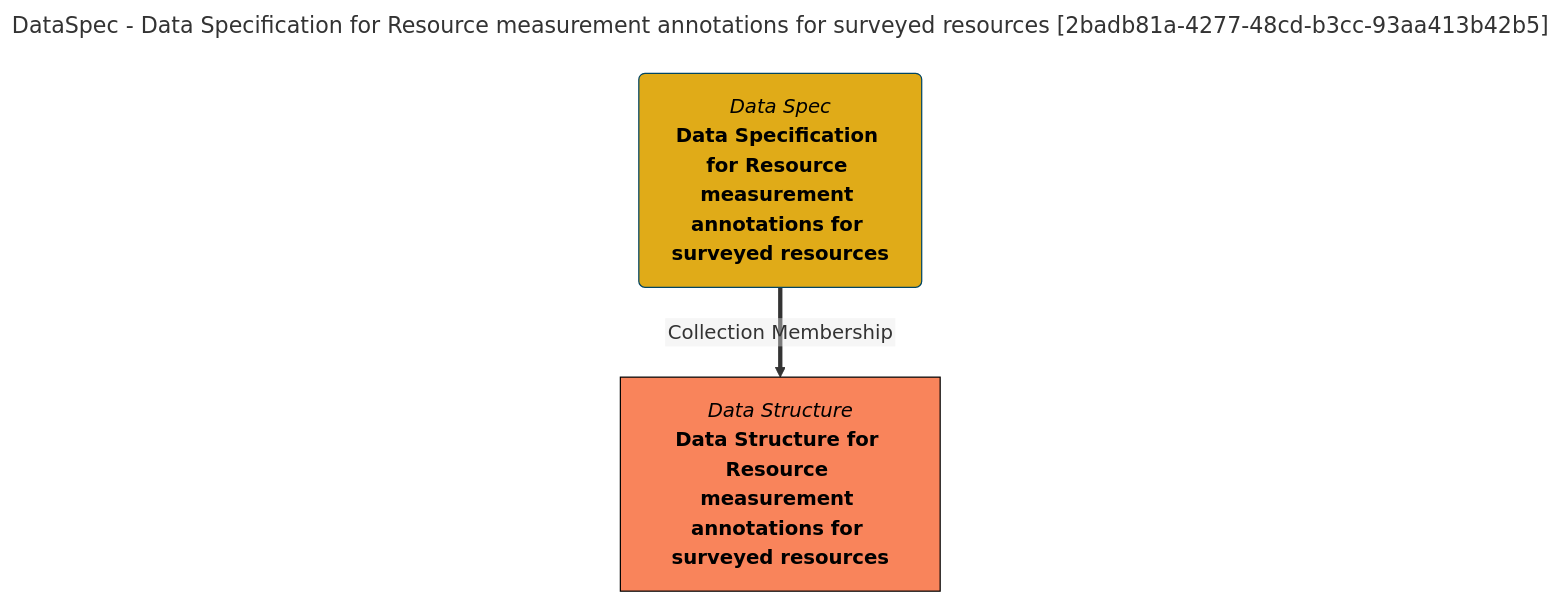
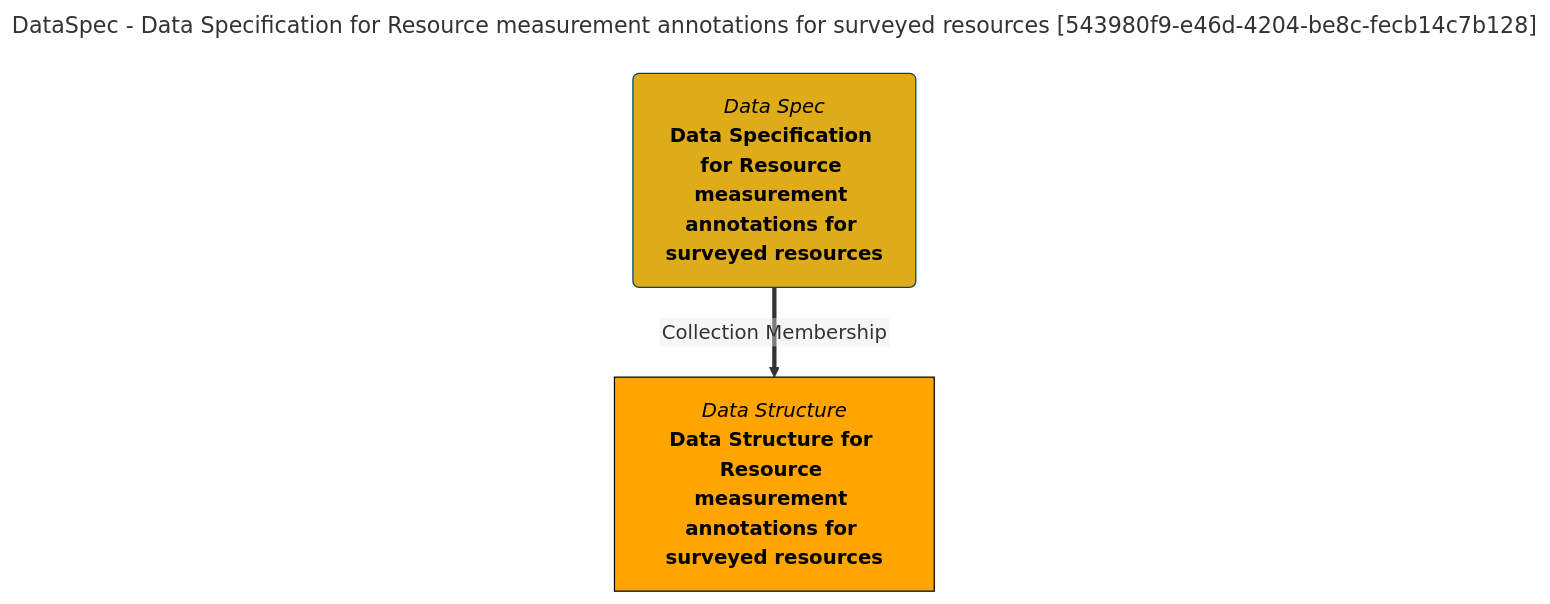
Before and after one commit to odpi/egeria-docs: the diagram in site/snippets/collections/data-specs/data-specification-for-resource-measurement-annotations-for-surveyed-resources-mermaid-graph.md, drawn with Mermaid. The commit also changed 2201 other files, not shown here.

````diff
--- a/site/snippets/collections/data-specs/data-specification-for-resource-measurement-annotations-for-surveyed-resources-mermaid-graph.md
+++ b/site/snippets/collections/data-specs/data-specification-for-resource-measurement-annotations-for-surveyed-resources-mermaid-graph.md
@@ -1,15 +1,15 @@
 ```mermaid
 ---
-title: DataSpec - Data Specification for Resource measurement annotations for surveyed resources [2badb81a-4277-48cd-b3cc-93aa413b42b5]
+title: DataSpec - Data Specification for Resource measurement annotations for surveyed resources [543980f9-e46d-4204-be8c-fecb14c7b128]
 ---
 flowchart TD
 %%{init: {"flowchart": {"htmlLabels": false}} }%%
 
 1@{ shape: rounded, label: "*Data Spec*
 **Data Specification for Resource measurement annotations for surveyed resources**"}
 2@{ shape: rect, label: "*Data Structure*
 **Data Structure for Resource measurement annotations for surveyed resources**"}
 1==>|"Collection Membership"|2
 style 1 color:#000000, fill:#e0ab18, stroke:#004563
-style 2 color:#000000, fill:#f9845b, stroke:#000000
+style 2 color:#000000, fill:#FFA500, stroke:#000000
 ```
````
